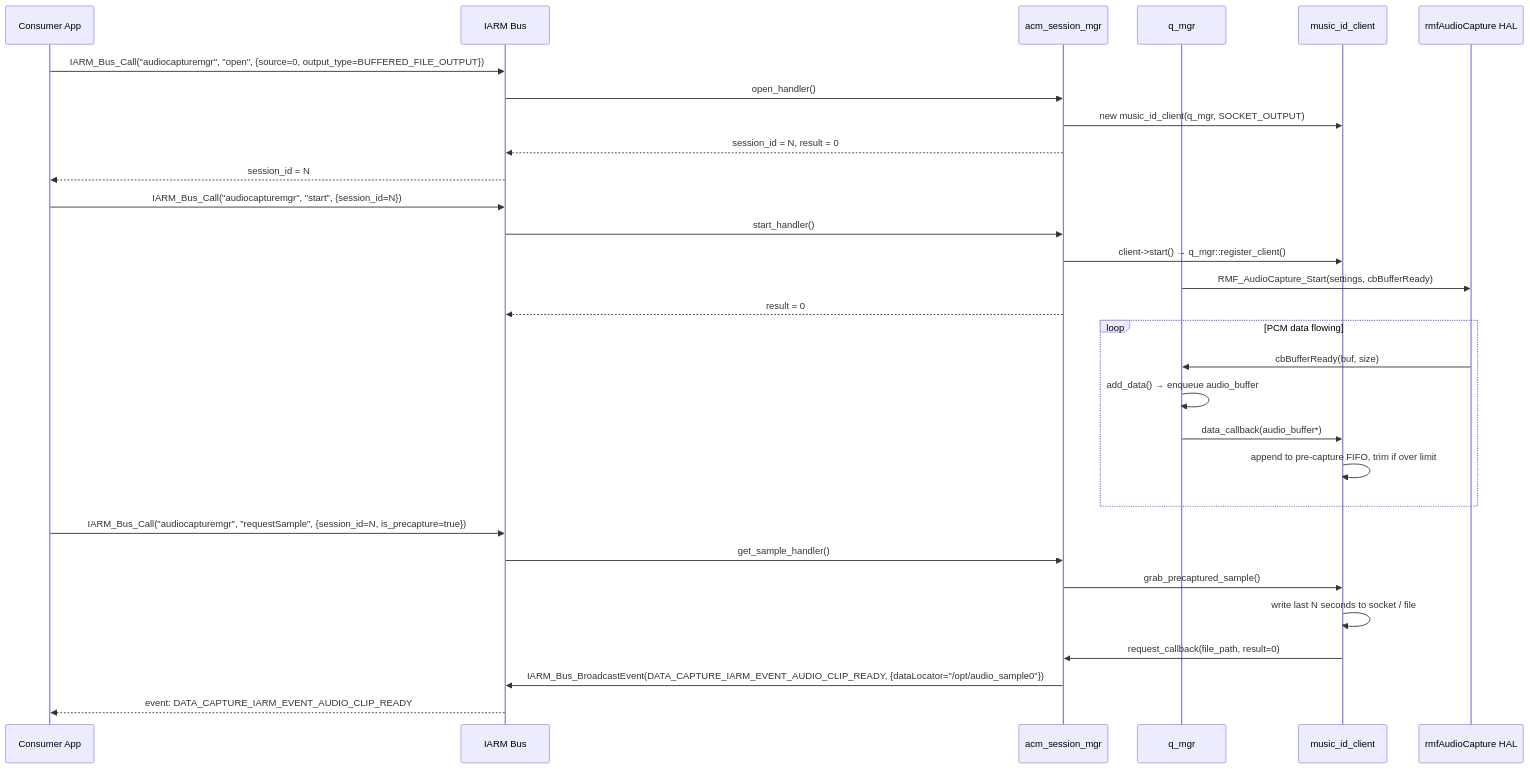
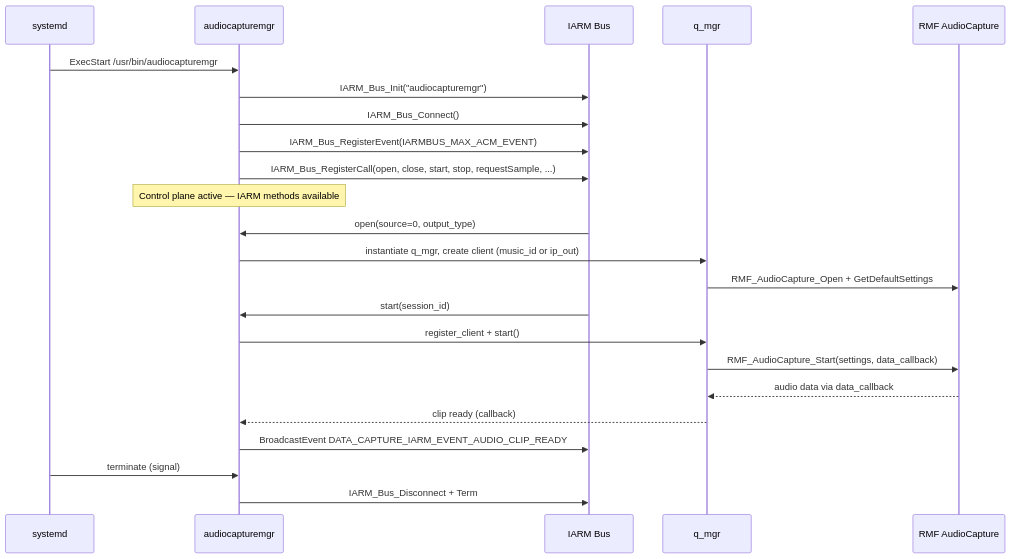
Before and after one commit to rns21/RDK_Documentation: the third of 7 diagrams in docs/docu/RDKV-Documentations/audiocapturemgr.md, drawn with Mermaid. The commit also changed other lines of this file, not shown here.

````diff
--- a/docs/docu/RDKV-Documentations/audiocapturemgr.md
+++ b/docs/docu/RDKV-Documentations/audiocapturemgr.md
@@ -579,36 +133,30 @@
 ```mermaid
 sequenceDiagram
-    participant App as Consumer App
+    participant System as systemd
+    participant Comp as audiocapturemgr
     participant IARM as IARM Bus
-    participant SM as acm_session_mgr
-    participant QM as q_mgr
-    participant MID as music_id_client
-    participant RMF as rmfAudioCapture HAL
+    participant Q as q_mgr
+    participant RMF as RMF AudioCapture
 
-    App->>IARM: IARM_Bus_Call("audiocapturemgr", "open", {source=0, output_type=BUFFERED_FILE_OUTPUT})
-    IARM->>SM: open_handler()
-    SM->>MID: new music_id_client(q_mgr, SOCKET_OUTPUT)
-    SM-->>IARM: session_id = N, result = 0
-    IARM-->>App: session_id = N
+    System->>Comp: ExecStart /usr/bin/audiocapturemgr
+    Comp->>IARM: IARM_Bus_Init("audiocapturemgr")
+    Comp->>IARM: IARM_Bus_Connect()
+    Comp->>IARM: IARM_Bus_RegisterEvent(IARMBUS_MAX_ACM_EVENT)
+    Comp->>IARM: IARM_Bus_RegisterCall(open, close, start, stop, requestSample, ...)
+    Note over Comp: Control plane active — IARM methods available
 
-    App->>IARM: IARM_Bus_Call("audiocapturemgr", "start", {session_id=N})
-    IARM->>SM: start_handler()
-    SM->>MID: client->start() → q_mgr::register_client()
-    QM->>RMF: RMF_AudioCapture_Start(settings, cbBufferReady)
-    SM-->>IARM: result = 0
+    IARM->>Comp: open(source=0, output_type)
+    Comp->>Q: instantiate q_mgr, create client (music_id or ip_out)
+    Q->>RMF: RMF_AudioCapture_Open + GetDefaultSettings
 
-    loop PCM data flowing
-        RMF->>QM: cbBufferReady(buf, size)
-        QM->>QM: add_data() → enqueue audio_buffer
-        QM->>MID: data_callback(audio_buffer*)
-        MID->>MID: append to pre-capture FIFO, trim if over limit
-    end
+    IARM->>Comp: start(session_id)
+    Comp->>Q: register_client + start()
+    Q->>RMF: RMF_AudioCapture_Start(settings, data_callback)
+    RMF-->>Q: audio data via data_callback
 
-    App->>IARM: IARM_Bus_Call("audiocapturemgr", "requestSample", {session_id=N, is_precapture=true})
-    IARM->>SM: get_sample_handler()
-    SM->>MID: grab_precaptured_sample()
-    MID->>MID: write last N seconds to socket / file
-    MID->>SM: request_callback(file_path, result=0)
-    SM->>IARM: IARM_Bus_BroadcastEvent(DATA_CAPTURE_IARM_EVENT_AUDIO_CLIP_READY, {dataLocator="/opt/audio_sample0"})
-    IARM-->>App: event: DATA_CAPTURE_IARM_EVENT_AUDIO_CLIP_READY
+    Q-->>Comp: clip ready (callback)
+    Comp->>IARM: BroadcastEvent DATA_CAPTURE_IARM_EVENT_AUDIO_CLIP_READY
+
+    System->>Comp: terminate (signal)
+    Comp->>IARM: IARM_Bus_Disconnect + Term
 ```
````
